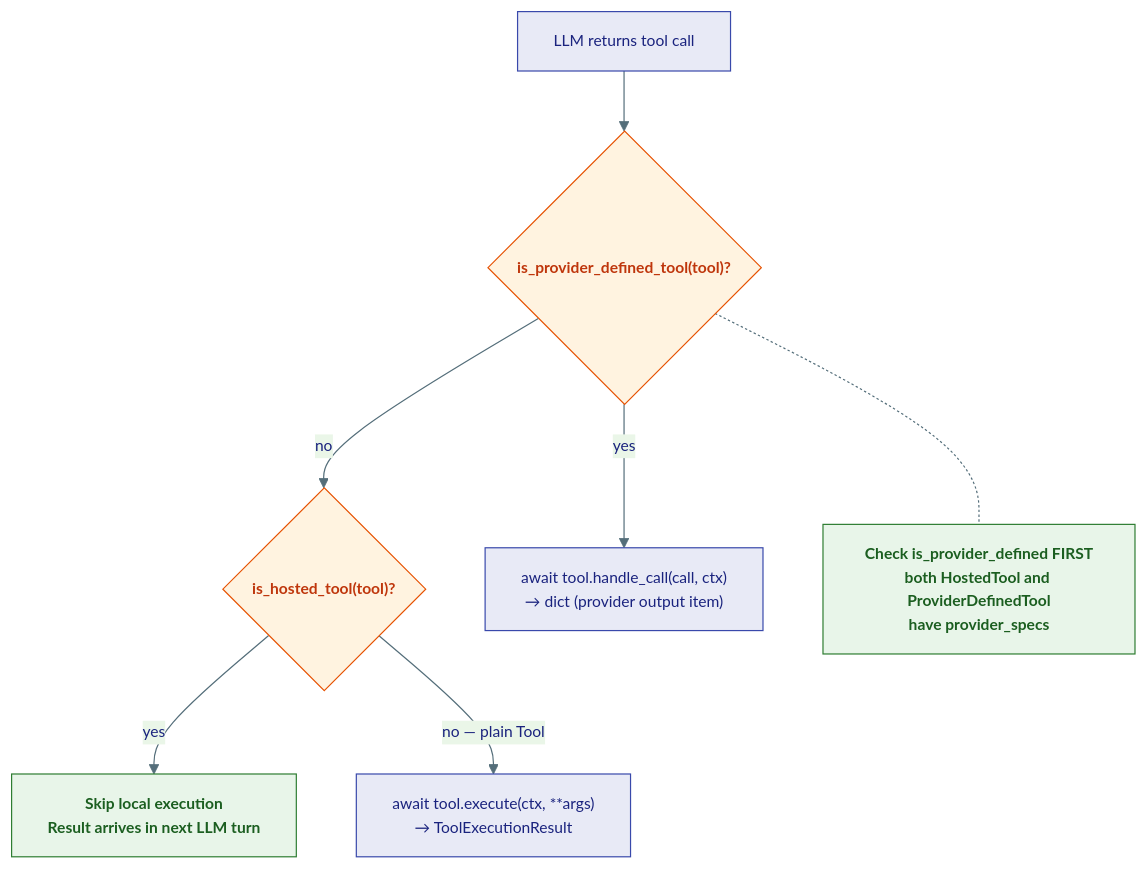
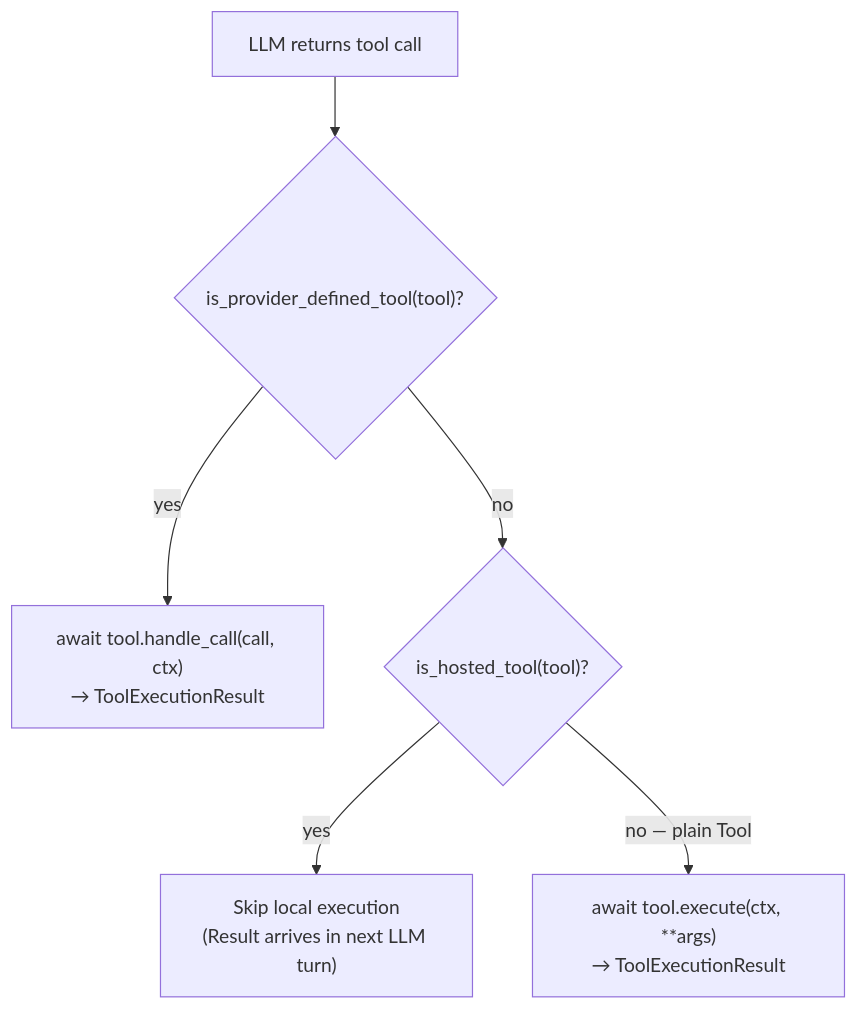
The first of 3 diagrams in agents/agent-substrate/docs/kernel/04-tools.md (Ravikumarchavva/agent-substrate), drawn with Mermaid before and after one commit. The commit also changed other lines of this file and 11 other files, not shown here.

Commit message:
docs: refactor architecture documentation and update diagrams across the kernel module.

````diff
--- a/agents/agent-substrate/docs/kernel/04-tools.md
+++ b/agents/agent-substrate/docs/kernel/04-tools.md
@@ -50,23 +32,8 @@
 ```mermaid
-%%{init: {'theme': 'base', 'themeVariables': {'primaryColor': '#E8EAF6','primaryTextColor': '#1A237E','primaryBorderColor': '#3949AB','lineColor': '#546E7A','background': '#FAFAFA','fontSize': '13px'}}}%%
 flowchart TD
-    classDef decision fill:#FFF3E0,stroke:#E65100,color:#BF360C,font-weight:bold
-    classDef action fill:#E8EAF6,stroke:#3949AB,color:#1A237E
-    classDef terminal fill:#E8F5E9,stroke:#2E7D32,color:#1B5E20,font-weight:bold
-
-    LLM["LLM returns tool call"]:::action
-    CHECK1{"is_provider_defined_tool(tool)?"}:::decision
-    CHECK2{"is_hosted_tool(tool)?"}:::decision
-    LOCAL_RUN["await tool.execute(ctx, **args)\n→ ToolExecutionResult"]:::action
-    PROV_RUN["await tool.handle_call(call, ctx)\n→ dict (provider output item)"]:::action
-    SKIP["Skip local execution\nResult arrives in next LLM turn"]:::terminal
-
-    LLM --> CHECK1
-    CHECK1 -->|"yes"| PROV_RUN
-    CHECK1 -->|"no"| CHECK2
-    CHECK2 -->|"yes"| SKIP
-    CHECK2 -->|"no — plain Tool"| LOCAL_RUN
-
-    Note1["Check is_provider_defined FIRST\nboth HostedTool and ProviderDefinedTool\nhave provider_specs"]:::terminal
-    CHECK1 -.- Note1
+    LLM["LLM returns tool call"] --> CHECK1{"is_provider_defined_tool(tool)?"}
+    CHECK1 -->|"yes"| PROV_RUN["await tool.handle_call(call, ctx)<br/>&rarr; ToolExecutionResult"]
+    CHECK1 -->|"no"| CHECK2{"is_hosted_tool(tool)?"}
+    CHECK2 -->|"yes"| SKIP["Skip local execution<br/>(Result arrives in next LLM turn)"]
+    CHECK2 -->|"no — plain Tool"| LOCAL_RUN["await tool.execute(ctx, **args)<br/>&rarr; ToolExecutionResult"]
 ```
````
